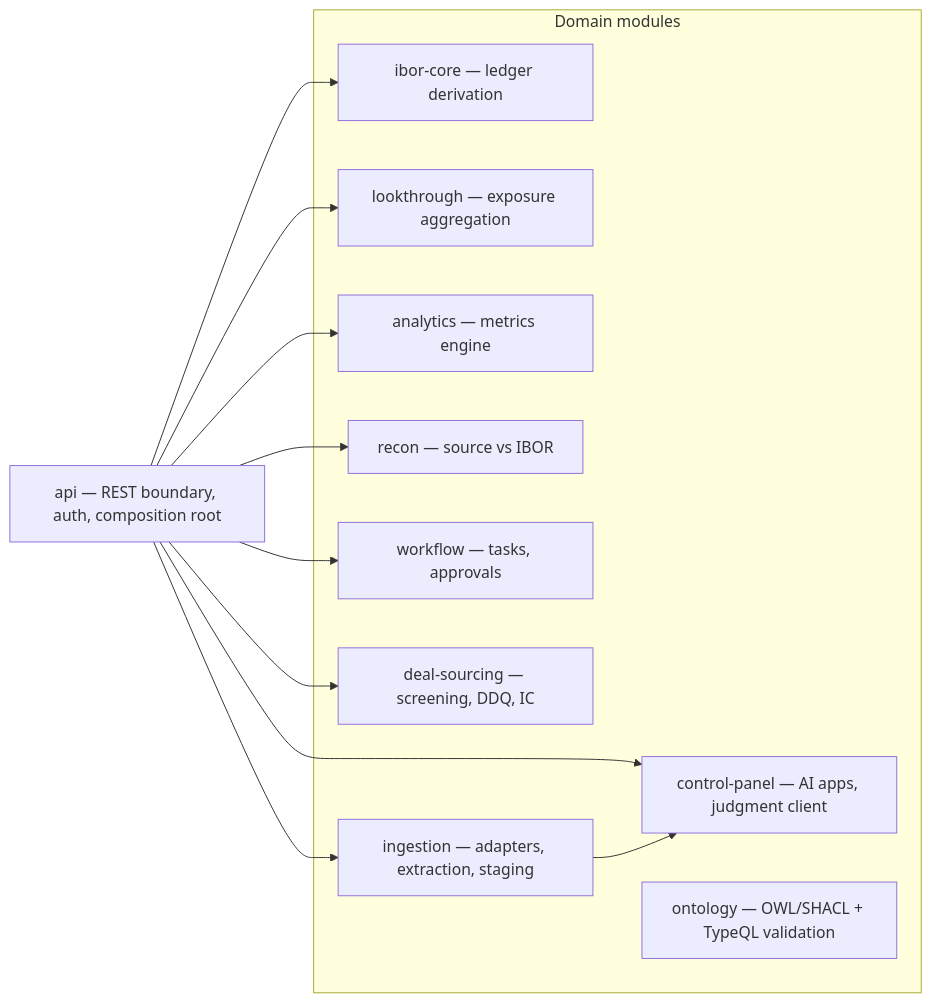
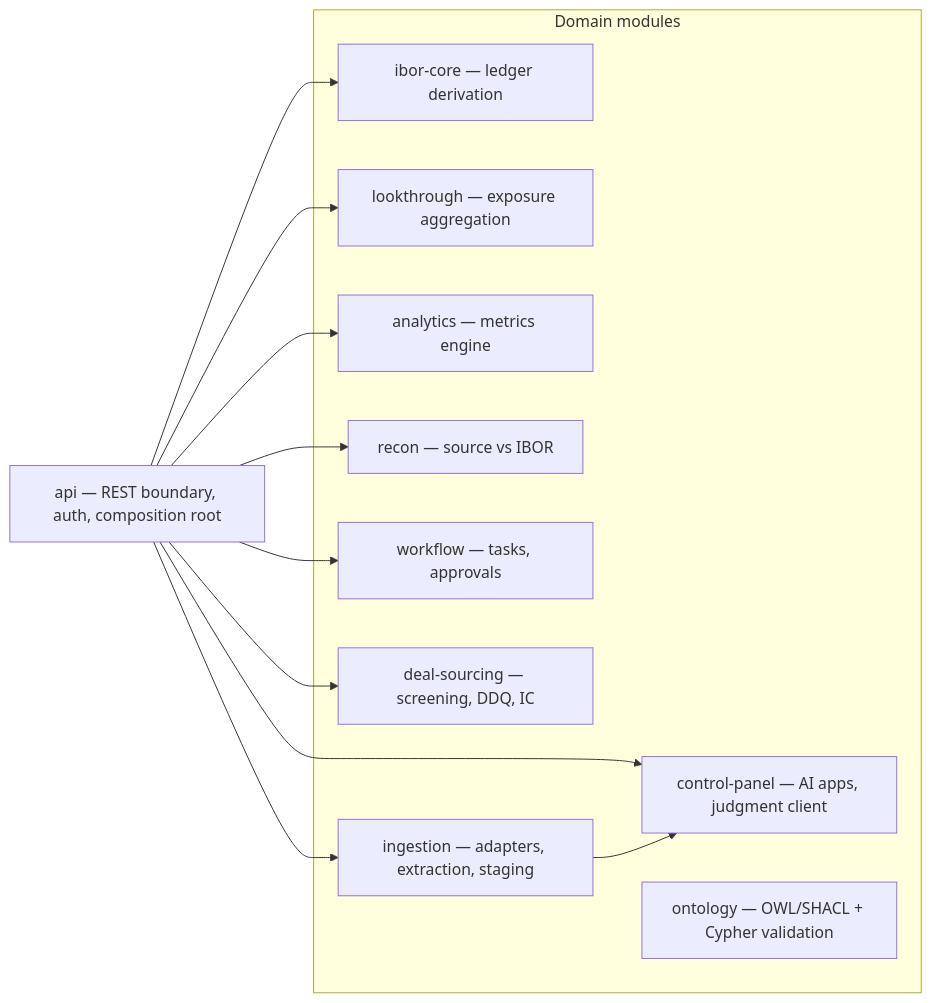
The second of 15 diagrams in docs/system-design.md (TANTIRA/OCTO), drawn with Mermaid before and after one commit. The commit also changed other lines of this file and 40 other files, not shown here.

First line of the commit message:
feat: Neo4j graph store — provisioning + Cypher schema of record (#190)

````diff
--- a/docs/system-design.md
+++ b/docs/system-design.md
@@ -92,18 +92,18 @@
 ```mermaid
 flowchart LR
   API["api — REST boundary, auth, composition root"]
   subgraph DOMAIN["Domain modules"]
     IBOR["ibor-core — ledger derivation"]
     LT["lookthrough — exposure aggregation"]
     ANA["analytics — metrics engine"]
     REC["recon — source vs IBOR"]
     WF["workflow — tasks, approvals"]
     DS["deal-sourcing — screening, DDQ, IC"]
     ING["ingestion — adapters, extraction, staging"]
     CP["control-panel — AI apps, judgment client"]
-    ONT["ontology — OWL/SHACL + TypeQL validation"]
+    ONT["ontology — OWL/SHACL + Cypher validation"]
   end
 
   API --> IBOR & LT & ANA & REC & WF & DS & ING & CP
   ING --> CP
 ```
````
